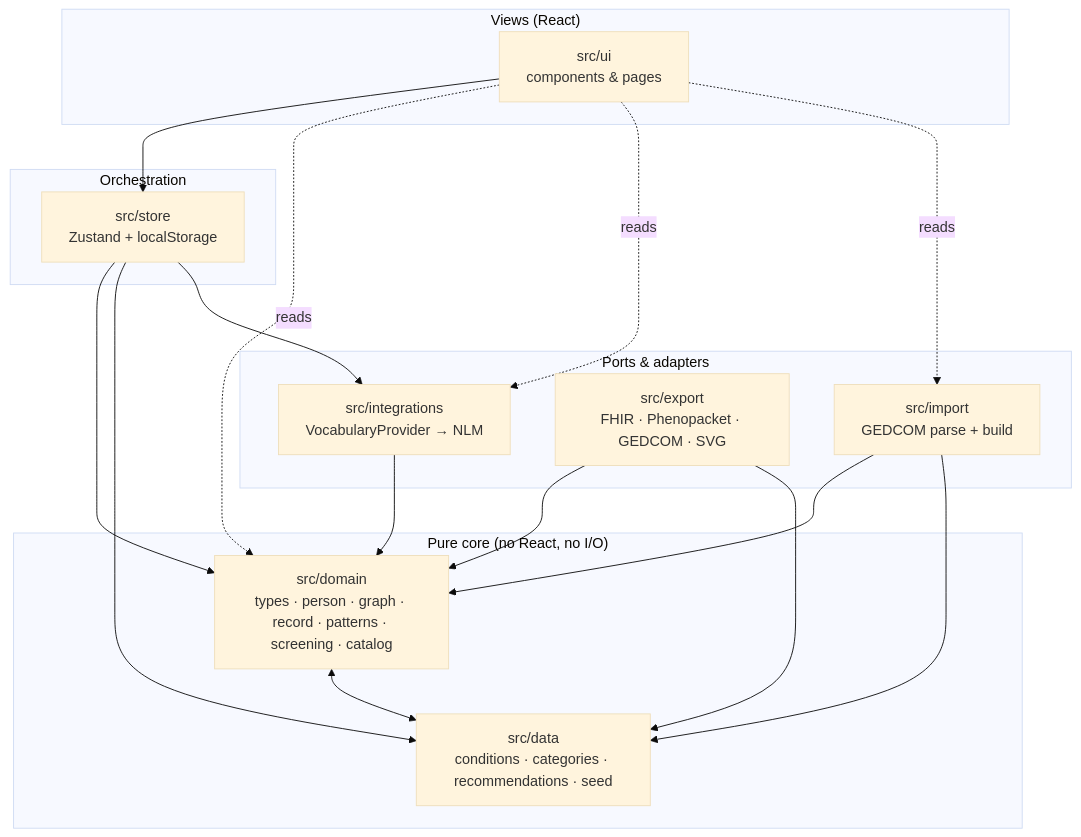
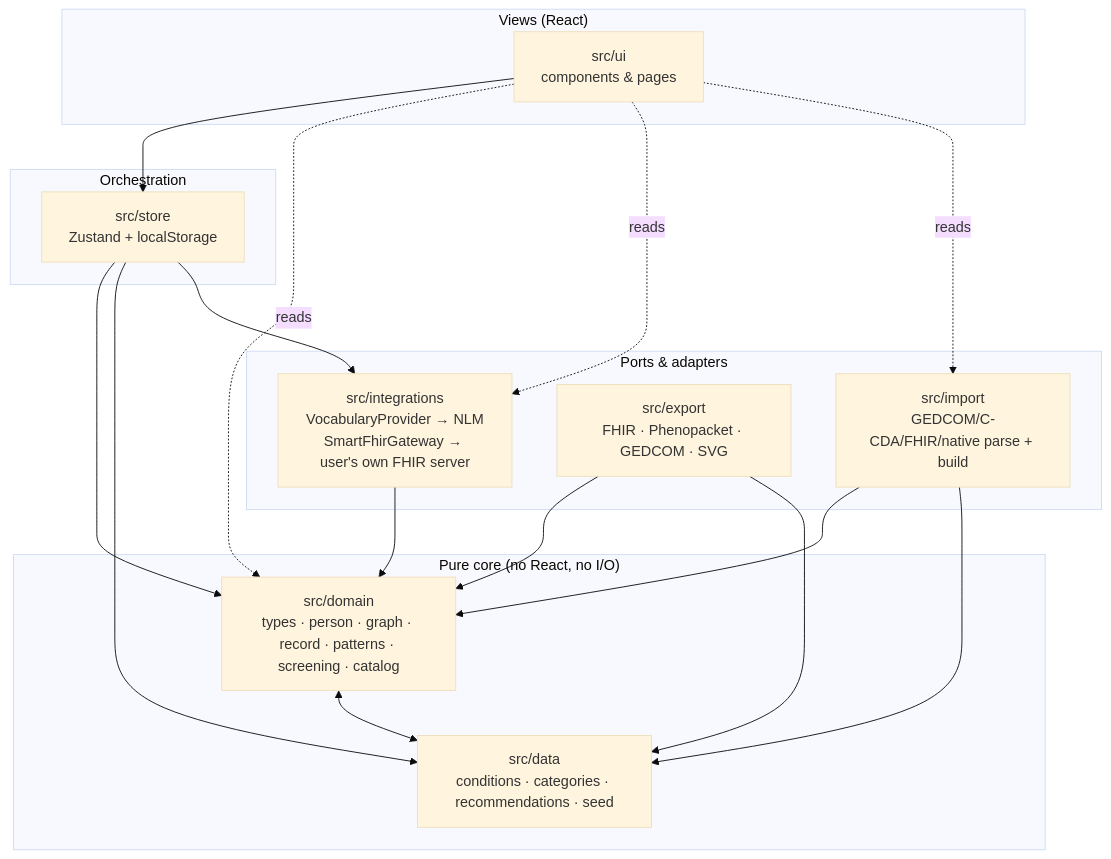
One commit to kabaka/stemma changed the diagram in docs/ARCHITECTURE.md. Above: the diagram before and after it, drawn with Mermaid (base theme). The commit also changed other lines of this file and 39 other files, not shown here.

First line of the commit message:
feat: client-side SMART-on-FHIR import (no backend) with ongoing connection + sync (#46)

````diff
--- a/docs/ARCHITECTURE.md
+++ b/docs/ARCHITECTURE.md
@@ -29,32 +29,32 @@
 ```mermaid
 graph TD
     subgraph views["Views (React)"]
       UI["src/ui<br/>components & pages"]
     end
     subgraph orchestration["Orchestration"]
       STORE["src/store<br/>Zustand + localStorage"]
     end
     subgraph ports["Ports & adapters"]
-      INT["src/integrations<br/>VocabularyProvider → NLM"]
+      INT["src/integrations<br/>VocabularyProvider → NLM<br/>SmartFhirGateway → user's own FHIR server"]
       EXP["src/export<br/>FHIR · Phenopacket · GEDCOM · SVG"]
-      IMP["src/import<br/>GEDCOM parse + build"]
+      IMP["src/import<br/>GEDCOM/C-CDA/FHIR/native parse + build"]
     end
     subgraph core["Pure core (no React, no I/O)"]
       DOMAIN["src/domain<br/>types · person · graph · record · patterns · screening · catalog"]
       DATA["src/data<br/>conditions · categories · recommendations · seed"]
     end
 
     UI --> STORE
     UI -.reads.-> DOMAIN
     UI -.reads.-> INT
     UI -.reads.-> IMP
     STORE --> DOMAIN
     STORE --> DATA
     STORE --> INT
     INT --> DOMAIN
     EXP --> DOMAIN
     EXP --> DATA
     IMP --> DOMAIN
     IMP --> DATA
     DOMAIN <--> DATA
 ```
````
